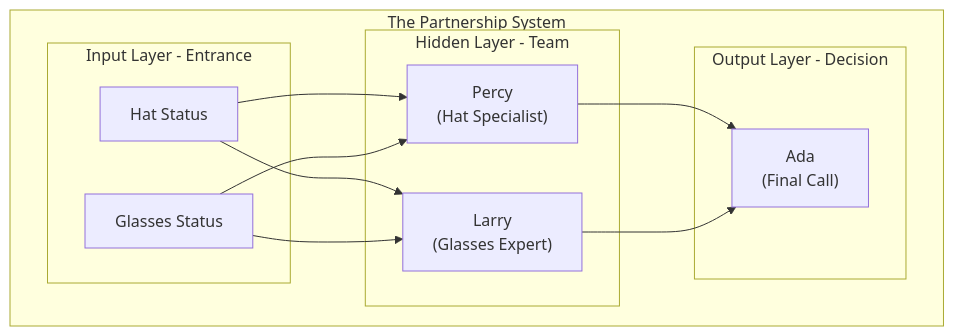
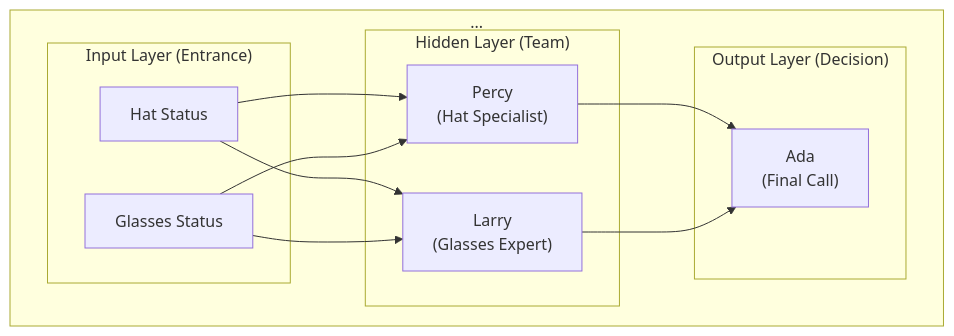
The second of 3 diagrams in README.md (leonvanbokhorst/neural-net-backpropagation), drawn with Mermaid before and after one commit.

Commit message:
Refine README.md: Updated layer names in the neural network diagram for a more streamlined look, transforming "Entrance," "Team," and "Decision" into their snazzy new versions. Because who doesn't love a good makeover? 💅✨

````diff
--- a/README.md
+++ b/README.md
@@ -70,22 +70,22 @@
 ```mermaid
 graph TD
-    subgraph "The Partnership System"
-        subgraph "Input Layer - Entrance"
+    subgraph "..."
+        subgraph "Input Layer (Entrance)"
             I1["Hat Status"]
             I2["Glasses Status"]
         end
 
-        subgraph "Hidden Layer - Team"
+        subgraph "Hidden Layer (Team)"
             H1["Percy<br/>(Hat Specialist)"]
             H2["Larry<br/>(Glasses Expert)"]
         end
 
-        subgraph "Output Layer - Decision"
+        subgraph "Output Layer (Decision)"
             O1["Ada<br/>(Final Call)"]
         end
 
         I1 --> H1; I1 --> H2
         I2 --> H1; I2 --> H2
         H1 --> O1; H2 --> O1
     end
 ```
````
